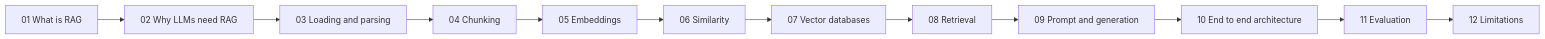
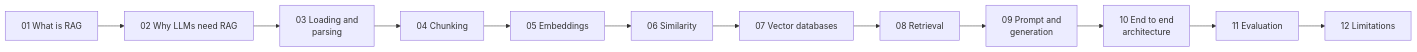
Before and after one commit to ajay-nikumbh/RAG-From-Basics-to-Production: the diagram in 01. Naive RAG/notes/01. Basic Concepts/README.md, drawn with Mermaid. The commit also changed other lines of this file and 38 other files, not shown here.

First line of the commit message:
Group root README by pattern, widen tables, wrap diagram labels

````diff
--- a/01. Naive RAG/notes/01. Basic Concepts/README.md
+++ b/01. Naive RAG/notes/01. Basic Concepts/README.md
@@ -7,14 +7,14 @@
 ```mermaid
 flowchart LR
     N1[01 What is RAG] --> N2[02 Why LLMs need RAG]
-    N2 --> N3[03 Loading and parsing]
+    N2 --> N3[03 Loading and<br/>parsing]
     N3 --> N4[04 Chunking]
     N4 --> N5[05 Embeddings]
     N5 --> N6[06 Similarity]
     N6 --> N7[07 Vector databases]
     N7 --> N8[08 Retrieval]
-    N8 --> N9[09 Prompt and generation]
-    N9 --> N10[10 End to end architecture]
+    N8 --> N9[09 Prompt and<br/>generation]
+    N9 --> N10[10 End to end<br/>architecture]
     N10 --> N11[11 Evaluation]
     N11 --> N12[12 Limitations]
 ```
````
